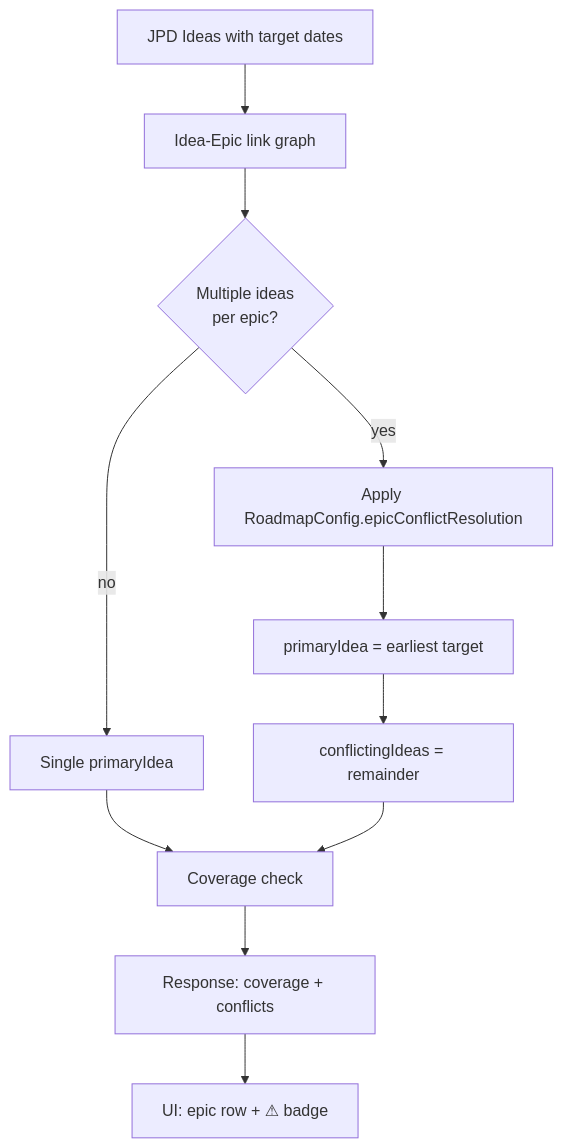
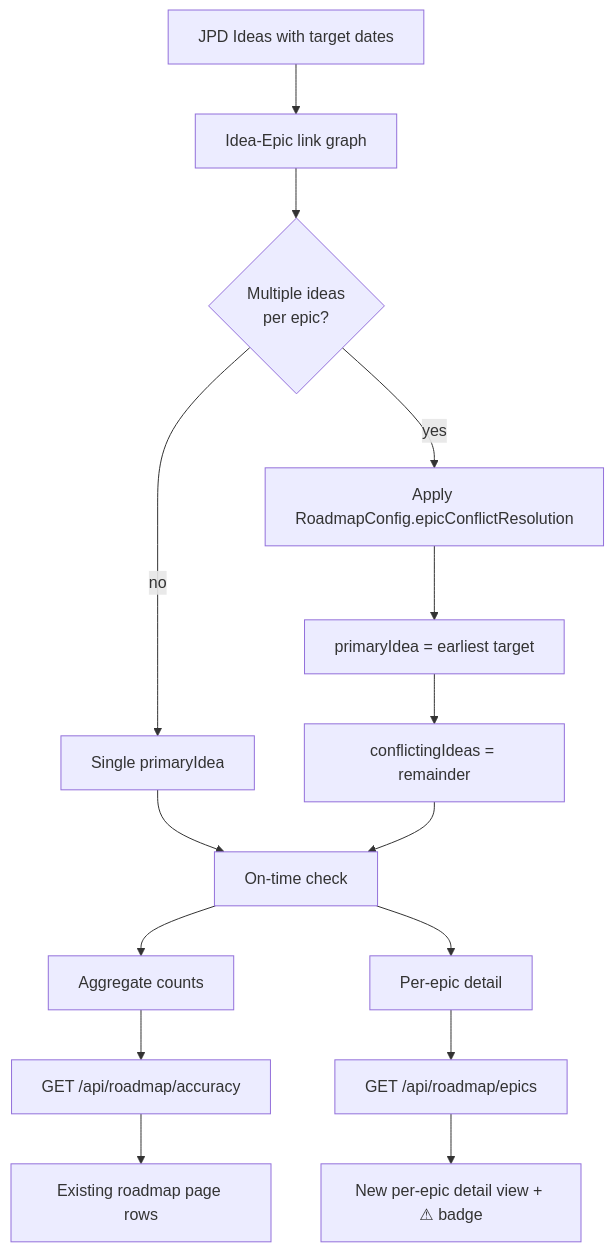
Before and after one commit to garethrhughes/fragile: the first of 2 diagrams in docs/proposals/0053-roadmap-idea-epic-conflict-resolution.md, drawn with Mermaid. The commit also changed other lines of this file and 1 other file, not shown here.

Commit message:
docs(0053): rewrite proposal to add per-epic surface + accept + feature 0006

````diff
--- a/docs/proposals/0053-roadmap-idea-epic-conflict-resolution.md
+++ b/docs/proposals/0053-roadmap-idea-epic-conflict-resolution.md
@@ -84,13 +158,17 @@
 ```mermaid
 flowchart TD
     A[JPD Ideas with target dates] --> B[Idea-Epic link graph]
     B --> C{Multiple ideas<br/>per epic?}
     C -->|no| D[Single primaryIdea]
     C -->|yes| E[Apply RoadmapConfig.epicConflictResolution]
     E --> F[primaryIdea = earliest target]
     F --> G[conflictingIdeas = remainder]
-    D --> H[Coverage check]
+    D --> H[On-time check]
     G --> H
-    H --> I[Response: coverage + conflicts]
-    I --> J[UI: epic row + ⚠ badge]
+    H --> I[Aggregate counts]
+    H --> J[Per-epic detail]
+    I --> K[GET /api/roadmap/accuracy]
+    J --> L[GET /api/roadmap/epics]
+    K --> M[Existing roadmap page rows]
+    L --> N[New per-epic detail view + ⚠ badge]
 ```
````
